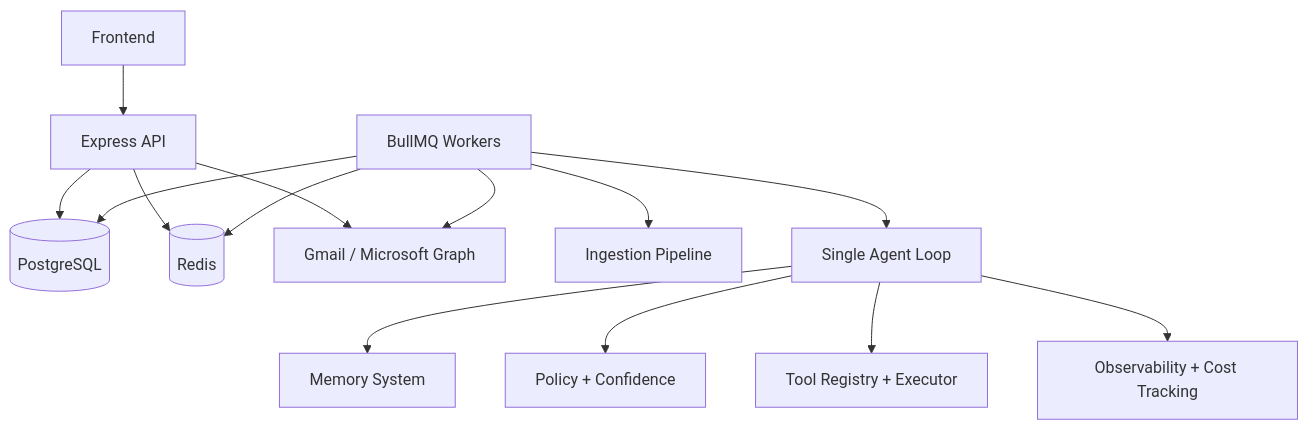
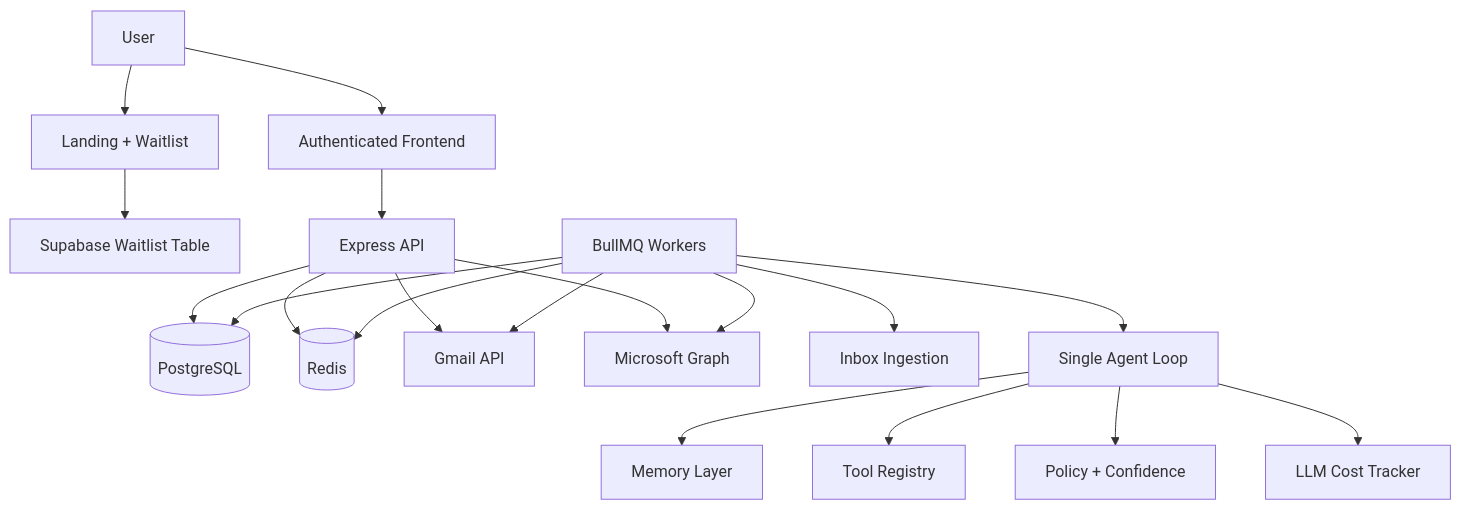
Before and after one commit to Krishnav1237/agentic-mail: the first of 3 diagrams in docs/ARCHITECTURE.md, drawn with Mermaid. The commit also changed other lines of this file and 38 other files, not shown here.

````diff
--- a/docs/ARCHITECTURE.md
+++ b/docs/ARCHITECTURE.md
@@ -85,16 +55,21 @@
 ```mermaid
 graph TD
-  UI["Frontend"] --> API["Express API"]
-  API --> DB[(PostgreSQL)]
+  User["User"] --> Landing["Landing + Waitlist"]
+  User --> App["Authenticated Frontend"]
+  Landing --> Supabase["Supabase Waitlist Table"]
+  App --> API["Express API"]
+  API --> Postgres[(PostgreSQL)]
   API --> Redis[(Redis)]
-  API --> Providers["Gmail / Microsoft Graph"]
-  Workers["BullMQ Workers"] --> DB
-  Workers --> Redis
-  Workers --> Providers
-  Workers --> Ingestion["Ingestion Pipeline"]
-  Workers --> Agent["Single Agent Loop"]
-  Agent --> Memory["Memory System"]
+  API --> Gmail["Gmail API"]
+  API --> Graph["Microsoft Graph"]
+  Worker["BullMQ Workers"] --> Redis
+  Worker --> Postgres
+  Worker --> Gmail
+  Worker --> Graph
+  Worker --> Ingestion["Inbox Ingestion"]
+  Worker --> Agent["Single Agent Loop"]
+  Agent --> Memory["Memory Layer"]
+  Agent --> Tools["Tool Registry"]
   Agent --> Policy["Policy + Confidence"]
-  Agent --> Tools["Tool Registry + Executor"]
-  Agent --> Obs["Observability + Cost Tracking"]
+  Agent --> Cost["LLM Cost Tracker"]
 ```
````
